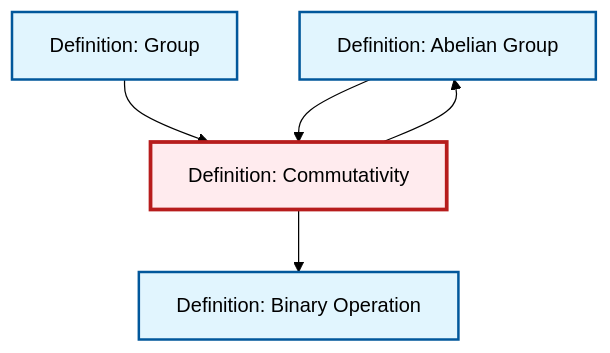
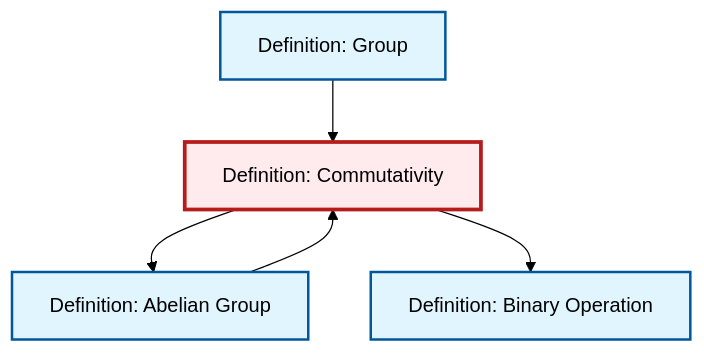
Before and after one commit to RK0429/ModernMath: the diagram in output/mermaid/def-commutativity.mermaid, drawn with Mermaid (forest theme). The commit also changed other lines of this file and 1569 other files, not shown here.

```diff
--- a/output/mermaid/def-commutativity.mermaid
+++ b/output/mermaid/def-commutativity.mermaid
@@ -1,16 +1,16 @@
 %%| fig-cap: "Local dependency graph"
 graph TD
     classDef definition fill:#e1f5fe,stroke:#01579b,stroke-width:2px
     classDef theorem fill:#f3e5f5,stroke:#4a148c,stroke-width:2px
     classDef axiom fill:#fff3e0,stroke:#e65100,stroke-width:2px
     classDef example fill:#e8f5e9,stroke:#1b5e20,stroke-width:2px
     classDef current fill:#ffebee,stroke:#b71c1c,stroke-width:3px
+    def-binary-operation["Definition: Binary Operation"]:::definition
+    def-commutativity["Definition: Commutativity"]:::definition
+    def-group["Definition: Group"]:::definition
     def-abelian-group["Definition: Abelian Group"]:::definition
-    def-commutativity["Definition: Commutativity"]:::definition
-    def-binary-operation["Definition: Binary Operation"]:::definition
-    def-group["Definition: Group"]:::definition
-    def-group --> def-commutativity
     def-abelian-group --> def-commutativity
     def-commutativity --> def-abelian-group
+    def-group --> def-commutativity
     def-commutativity --> def-binary-operation
     class def-commutativity current
```
